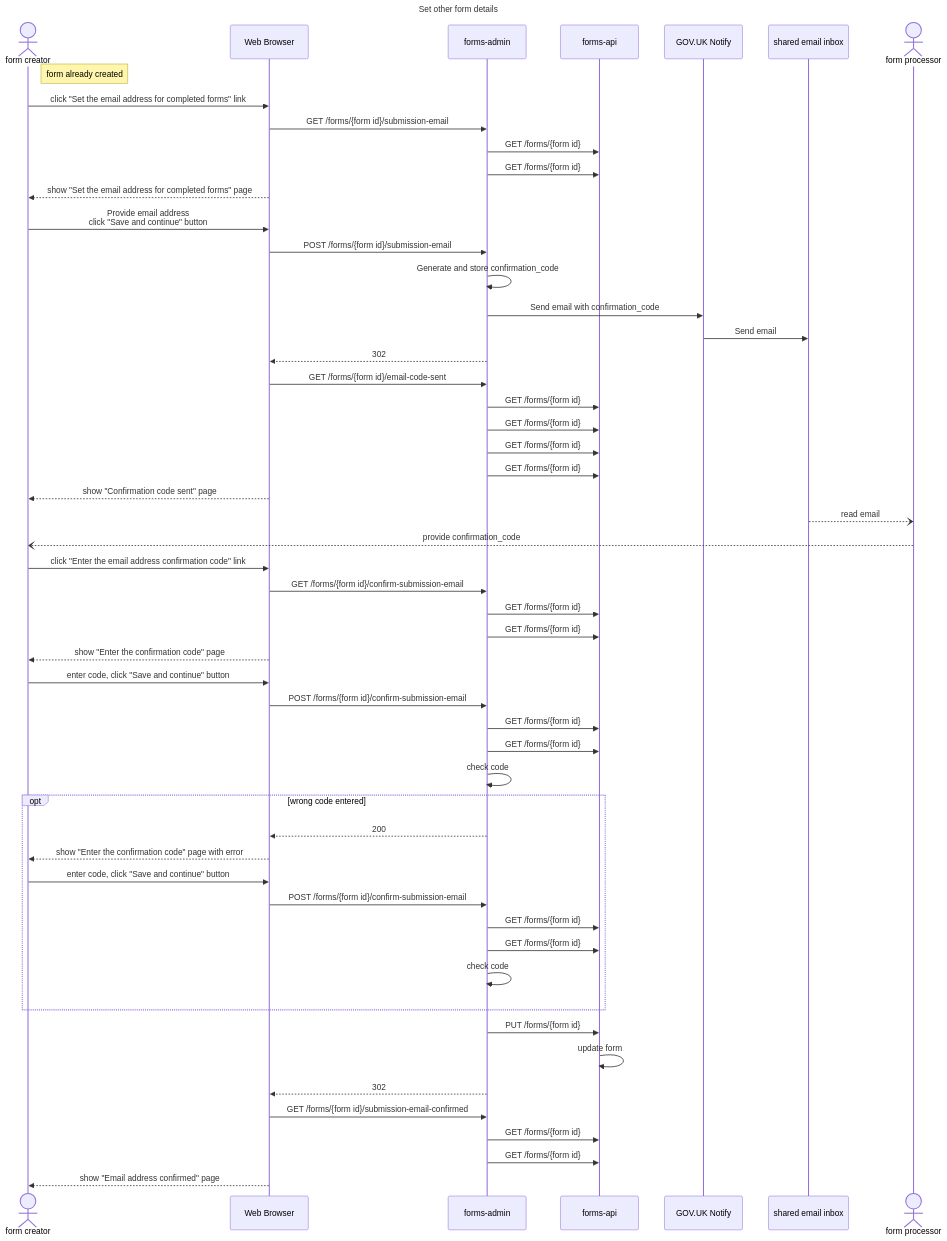
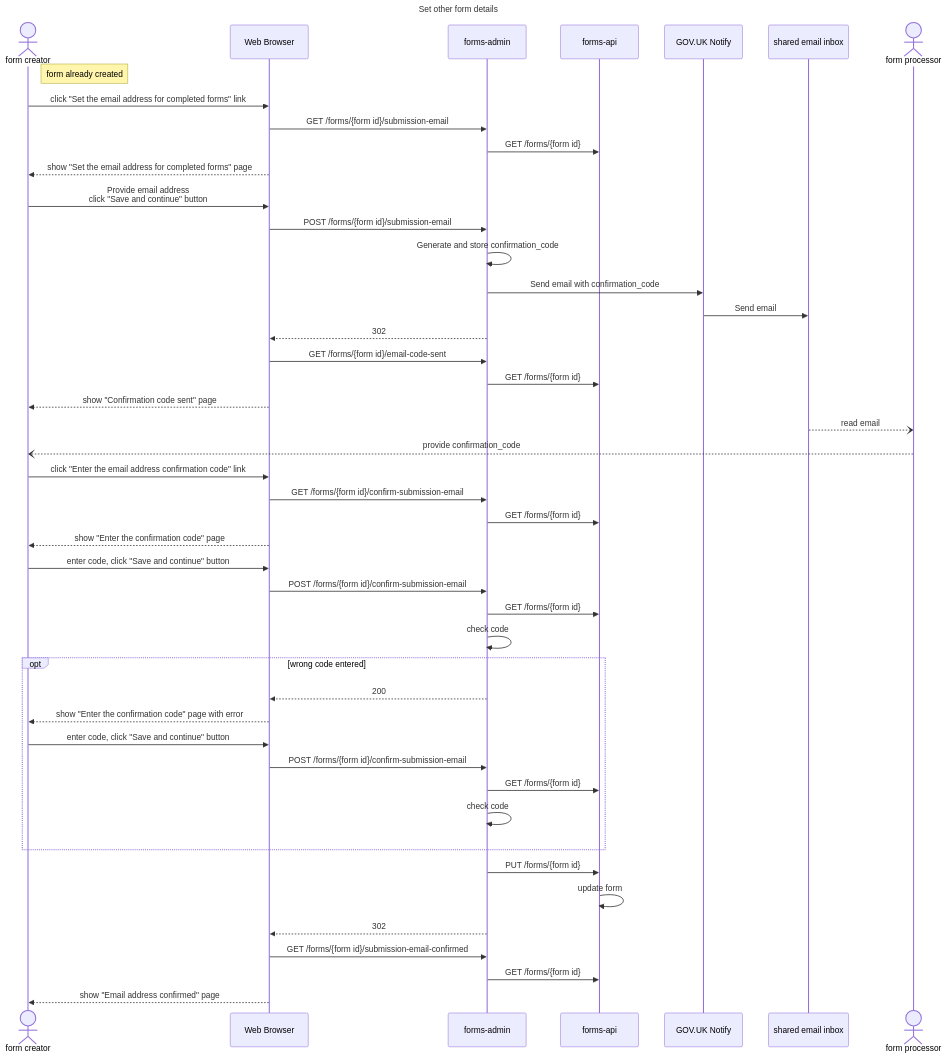
The fourth of 5 diagrams in diagrams/sequence-diagrams/creating-a-form.md (alphagov/forms), drawn with Mermaid before and after one commit. The commit also changed other lines of this file and 2 other files, not shown here.

Commit message:
Remove duplicate requests between forms-admin and forms-api due to authorisation checks

````diff
--- a/diagrams/sequence-diagrams/creating-a-form.md
+++ b/diagrams/sequence-diagrams/creating-a-form.md
@@ -122,66 +116,58 @@
 ```mermaid
 sequenceDiagram
   title Set other form details
   actor user as form creator
   participant browser as Web Browser
   participant admin as forms-admin
   link admin: GitHub repo @ https://github.com/alphagov/forms-admin
   participant api as forms-api
   link api: GitHub repo @ https://github.com/alphagov/forms-api
   participant notify as GOV.UK Notify
   participant inbox as shared email inbox
   actor processor as form processor
 
   note right of user: form already created
 
   user->>browser: click "Set the email address for completed forms" link
   browser->>admin: GET /forms/{form id}/submission-email
   admin->>api: GET /forms/{form id}
-  admin->>api: GET /forms/{form id}
   browser-->>user: show "Set the email address for completed forms" page
   user->>browser: Provide email address<br />click "Save and continue" button
   browser->>admin: POST /forms/{form id}/submission-email
   admin->>admin: Generate and store confirmation_code
   admin->>notify: Send email with confirmation_code
   notify->>inbox: Send email
   admin-->>browser: 302
   browser->>admin: GET /forms/{form id}/email-code-sent
   admin->>api: GET /forms/{form id}
-  admin->>api: GET /forms/{form id}
-  admin->>api: GET /forms/{form id}
-  admin->>api: GET /forms/{form id}
   browser-->>user: show "Confirmation code sent" page
 
   inbox--)processor: read email
   processor--)user: provide confirmation_code
 
   user->>browser: click "Enter the email address confirmation code" link
   browser->>admin: GET /forms/{form id}/confirm-submission-email
   admin->>api: GET /forms/{form id}
-  admin->>api: GET /forms/{form id}
   browser-->>user: show "Enter the confirmation code" page 
 
   user->>browser: enter code, click "Save and continue" button
   browser->>admin: POST /forms/{form id}/confirm-submission-email
-  admin->>api: GET /forms/{form id}
   admin->>api: GET /forms/{form id}
   admin->>admin: check code
 
   opt wrong code entered
     admin-->>browser: 200
     browser-->>user: show "Enter the confirmation code" page with error
     user->>browser: enter code, click "Save and continue" button
     browser->>admin: POST /forms/{form id}/confirm-submission-email
-  admin->>api: GET /forms/{form id}
     admin->>api: GET /forms/{form id}
     admin->>admin: check code
   end
 
   admin->>api: PUT /forms/{form id}
   api->>api: update form 
   admin-->>browser: 302
   browser->>admin: GET /forms/{form id}/submission-email-confirmed
   admin->>api: GET /forms/{form id}
-  admin->>api: GET /forms/{form id}
   browser-->>user: show "Email address confirmed" page
 ```
````
